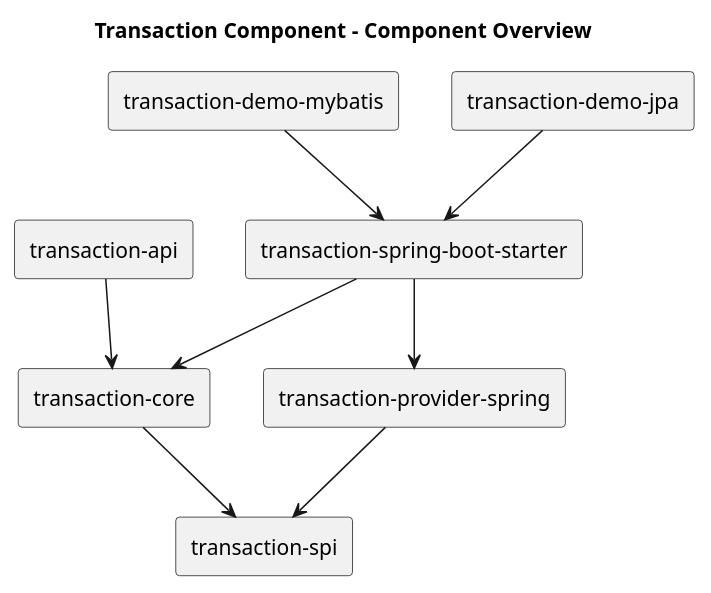
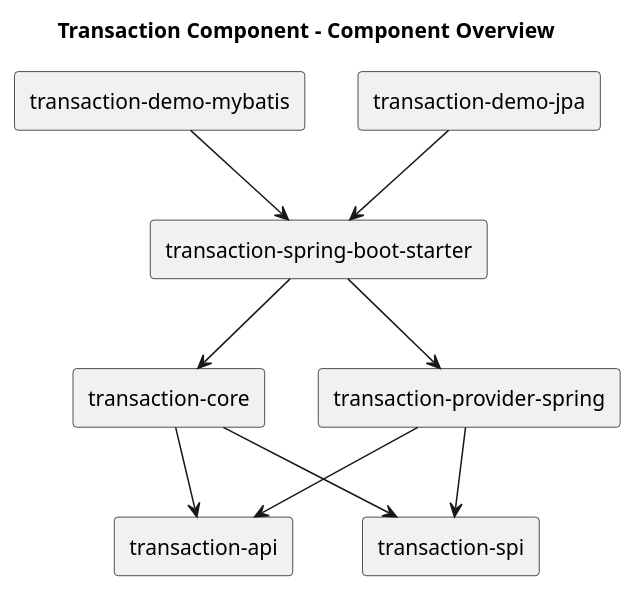
Before and after one commit to pbxjtumse/iron-components-java: the diagram in component/transaction-component/docs/diagrams/component/00-component-overview.puml, drawn with PlantUML. The commit also changed 7 other files, not shown here.

```diff
--- a/component/transaction-component/docs/diagrams/component/00-component-overview.puml
+++ b/component/transaction-component/docs/diagrams/component/00-component-overview.puml
@@ -1,11 +1,12 @@
 @startuml
 title Transaction Component - Component Overview
 skinparam componentStyle rectangle
-[transaction-api] --> [transaction-core]
+[transaction-core] --> [transaction-api]
 [transaction-core] --> [transaction-spi]
+[transaction-provider-spring] --> [transaction-api]
 [transaction-provider-spring] --> [transaction-spi]
 [transaction-spring-boot-starter] --> [transaction-core]
 [transaction-spring-boot-starter] --> [transaction-provider-spring]
 [transaction-demo-mybatis] --> [transaction-spring-boot-starter]
 [transaction-demo-jpa] --> [transaction-spring-boot-starter]
 @enduml
```
